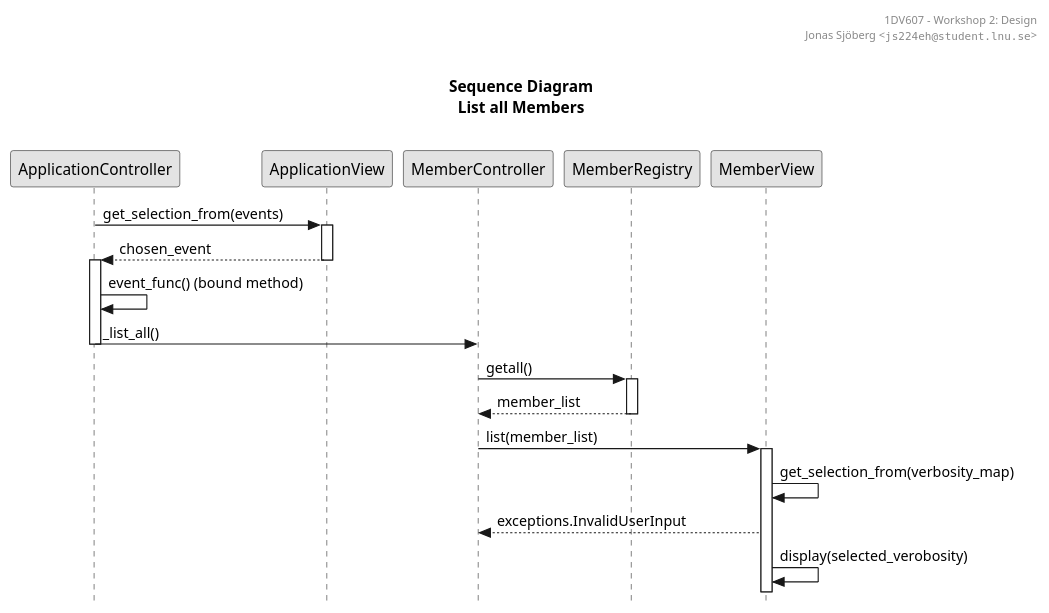
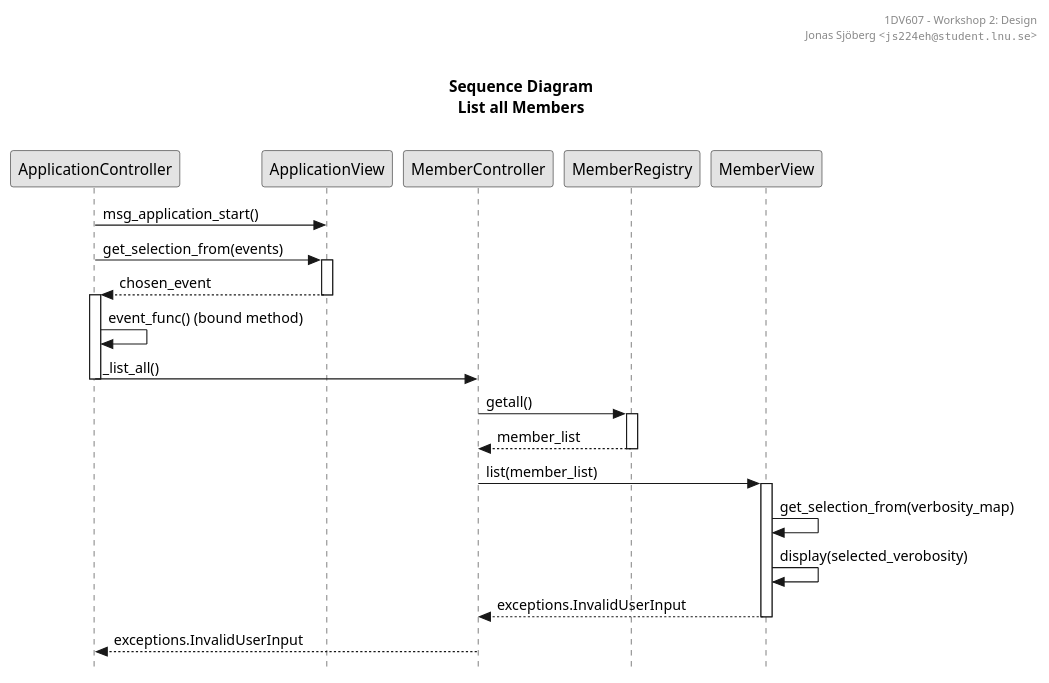
One commit to jonasjberg/1dv607_workshop1 changed the diagram in workshop2/uml/seq_list-all-members.puml. Above: the diagram before and after it, drawn with PlantUML. The commit also changed 2 other files, not shown here.

Commit message:
Update UML diagram ..

```diff
--- a/workshop2/uml/seq_list-all-members.puml
+++ b/workshop2/uml/seq_list-all-members.puml
@@ -11,50 +11,53 @@
 @startuml
 ' ______________________________________________________________________________
 ' ____ CONFIGURATION OPTIONS ___________________________________________________
 ' debug flag creates a 'svek.dot' and 'svek.svg' file in ~/
 ' !pragma svek_trace on
 ' allow_mixing
 
 skinparam {
     monochrome true
     'backgroundColor transparent
     classBackgroundColor transparent
     style strictuml
 }
 
 ' ______________________________________________________________________________
 ' ____ USECASE DIAGRAM _________________________________________________________
 
 header
 1DV607 - Workshop 2: Design
 Jonas Sjöberg <""js224eh@student.lnu.se"">
 end header
 
 title \nSequence Diagram\nList all Members\n
 
+ApplicationController -> ApplicationView: msg_application_start()
 ApplicationController -> ApplicationView: get_selection_from(events)
 activate ApplicationView
 
 ApplicationController <-- ApplicationView: chosen_event
 deactivate ApplicationView
 
 activate ApplicationController
 
 ApplicationController -> ApplicationController: event_func() (bound method)
 
 ApplicationController -> MemberController: _list_all()
 deactivate ApplicationController
 
 MemberController -> MemberRegistry: getall()
 activate MemberRegistry
 MemberController <-- MemberRegistry: member_list
 deactivate MemberRegistry
 
 MemberController -> MemberView: list(member_list)
 activate MemberView
 
 MemberView -> MemberView: get_selection_from(verbosity_map)
+MemberView -> MemberView: display(selected_verobosity)
 MemberController <-- MemberView: exceptions.InvalidUserInput
-MemberView -> MemberView: display(selected_verobosity)
+deactivate MemberView
 
+ApplicationController <-- MemberController: exceptions.InvalidUserInput
 @enduml
```
